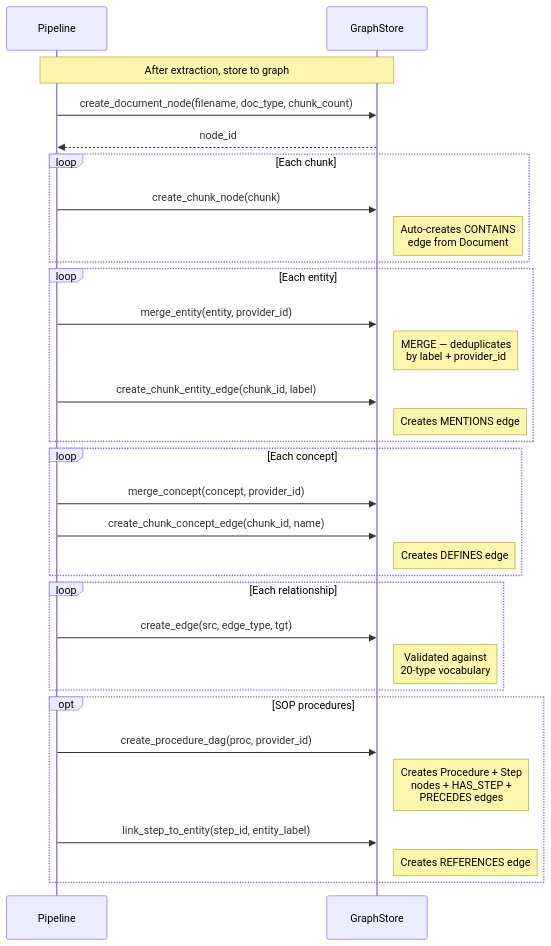
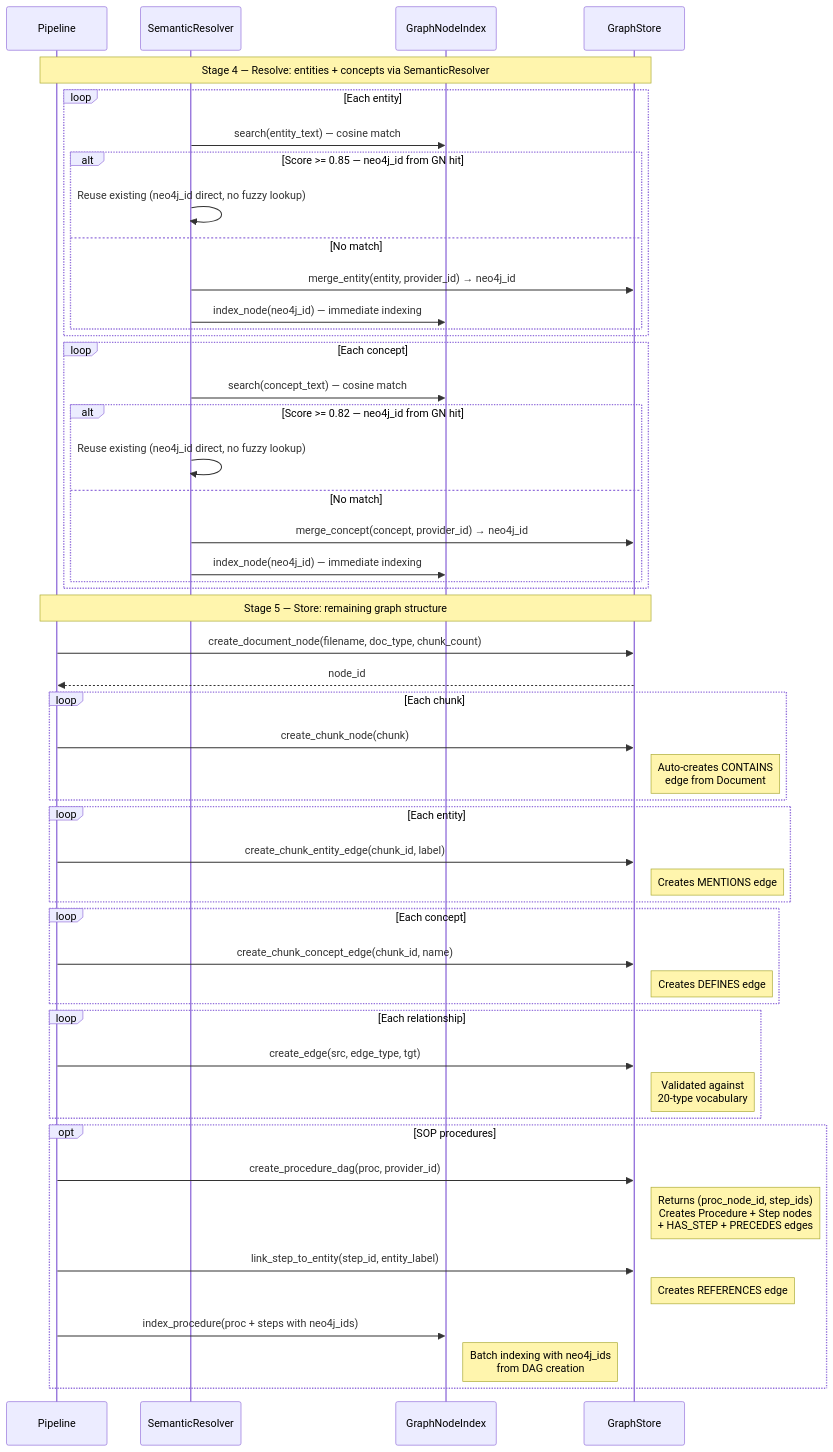
The second of 8 diagrams in docs/stores.md (rashwin88/trident-demo), drawn with Mermaid before and after one commit. The commit also changed other lines of this file and 50 other files, not shown here.

````diff
--- a/docs/stores.md
+++ b/docs/stores.md
@@ -66,40 +66,61 @@
 ```mermaid
 sequenceDiagram
     participant P as Pipeline
+    participant SR as SemanticResolver
+    participant GN as GraphNodeIndex
     participant G as GraphStore
 
-    Note over P,G: After extraction, store to graph
+    Note over P,G: Stage 4 — Resolve: entities + concepts via SemanticResolver
+    loop Each entity
+        SR->>GN: search(entity_text) — cosine match
+        alt Score >= 0.85 — neo4j_id from GN hit
+            SR->>SR: Reuse existing (neo4j_id direct, no fuzzy lookup)
+        else No match
+            SR->>G: merge_entity(entity, provider_id) → neo4j_id
+            SR->>GN: index_node(neo4j_id) — immediate indexing
+        end
+    end
 
+    loop Each concept
+        SR->>GN: search(concept_text) — cosine match
+        alt Score >= 0.82 — neo4j_id from GN hit
+            SR->>SR: Reuse existing (neo4j_id direct, no fuzzy lookup)
+        else No match
+            SR->>G: merge_concept(concept, provider_id) → neo4j_id
+            SR->>GN: index_node(neo4j_id) — immediate indexing
+        end
+    end
+
+    Note over P,G: Stage 5 — Store: remaining graph structure
     P->>G: create_document_node(filename, doc_type, chunk_count)
     G-->>P: node_id
 
     loop Each chunk
         P->>G: create_chunk_node(chunk)
         Note right of G: Auto-creates CONTAINS<br/>edge from Document
     end
 
     loop Each entity
-        P->>G: merge_entity(entity, provider_id)
-        Note right of G: MERGE — deduplicates<br/>by label + provider_id
         P->>G: create_chunk_entity_edge(chunk_id, label)
         Note right of G: Creates MENTIONS edge
     end
 
     loop Each concept
-        P->>G: merge_concept(concept, provider_id)
         P->>G: create_chunk_concept_edge(chunk_id, name)
         Note right of G: Creates DEFINES edge
     end
 
     loop Each relationship
         P->>G: create_edge(src, edge_type, tgt)
         Note right of G: Validated against<br/>20-type vocabulary
     end
 
     opt SOP procedures
         P->>G: create_procedure_dag(proc, provider_id)
-        Note right of G: Creates Procedure + Step<br/>nodes + HAS_STEP +<br/>PRECEDES edges
+        Note right of G: Returns (proc_node_id, step_ids)<br/>Creates Procedure + Step nodes<br/>+ HAS_STEP + PRECEDES edges
         P->>G: link_step_to_entity(step_id, entity_label)
         Note right of G: Creates REFERENCES edge
+        P->>GN: index_procedure(proc + steps with neo4j_ids)
+        Note right of GN: Batch indexing with neo4j_ids<br/>from DAG creation
     end
 ```
````
